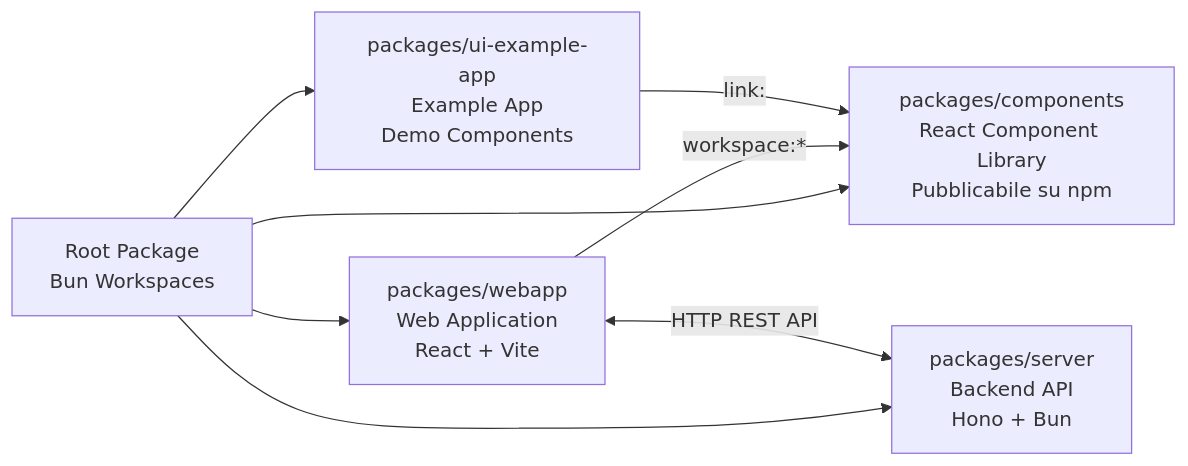
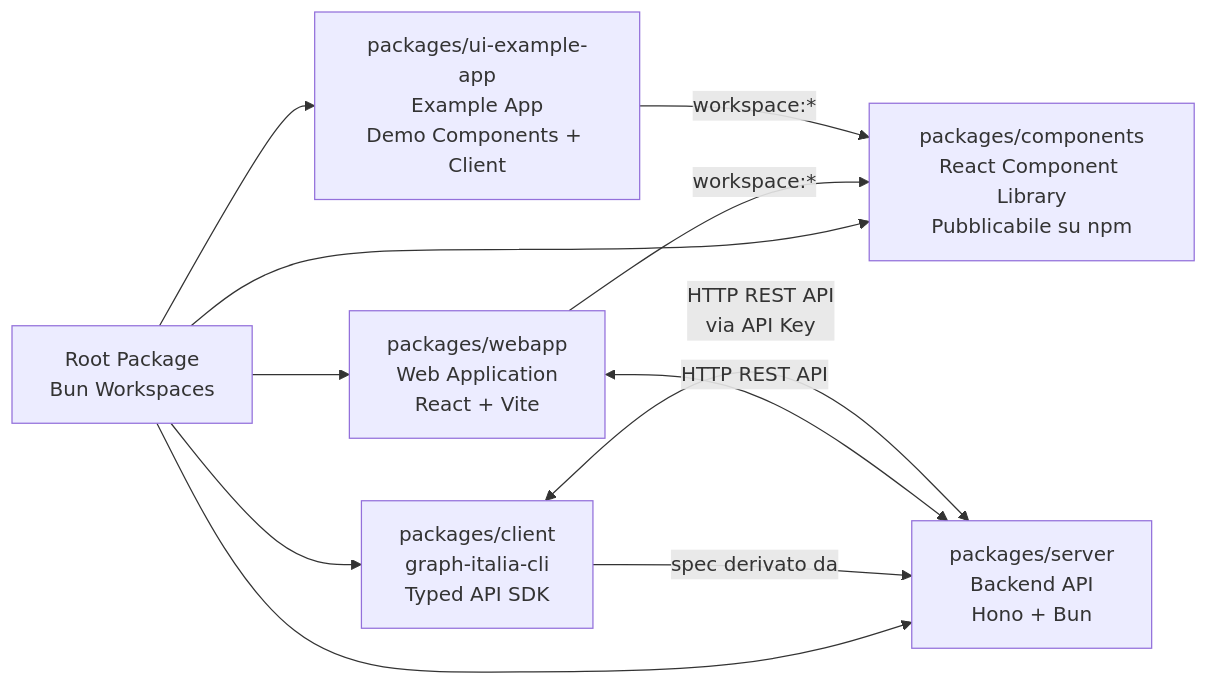
One commit to italia/graph-italia changed the fourth of 14 diagrams in README.md. Above: the diagram before and after it, drawn with Mermaid. The commit also changed other lines of this file and 5 other files, not shown here.

````diff
--- a/README.md
+++ b/README.md
@@ -487,13 +579,16 @@
 ```mermaid
 graph LR
     Root[Root Package<br/>Bun Workspaces]
 
     Root --> Components[packages/components<br/>React Component Library<br/>Pubblicabile su npm]
     Root --> Server[packages/server<br/>Backend API<br/>Hono + Bun]
     Root --> Webapp[packages/webapp<br/>Web Application<br/>React + Vite]
-    Root --> Example[packages/ui-example-app<br/>Example App<br/>Demo Components]
+    Root --> Client[packages/client<br/>graph-italia-cli<br/>Typed API SDK]
+    Root --> Example[packages/ui-example-app<br/>Example App<br/>Demo Components + Client]
 
     Webapp -->|workspace:*| Components
-    Example -->|link:| Components
+    Example -->|workspace:*| Components
+    Client -->|spec derivato da| Server
     Webapp <-->|HTTP REST API| Server
+    Client <-->|HTTP REST API<br/>via API Key| Server
 ```
````
